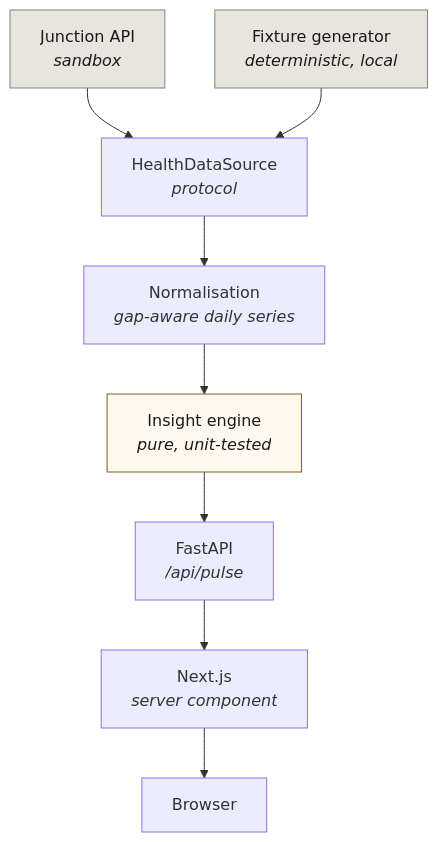
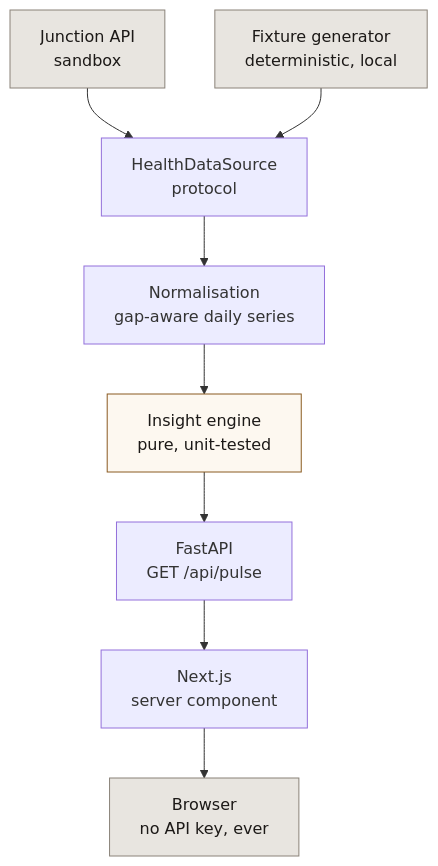
Before and after one commit to aayza-ascent/quick-health-pulse-project: the diagram in README.md, drawn with Mermaid.

Commit message:
docs: make the architecture diagram render without HTML labels
Mermaid handles <br/> natively, but <i> only renders when HTML labels are
enabled — which is not guaranteed across renderers, and would show the tags
literally where they are not. The diagram now conveys the same information with
plain labels.

````diff
--- a/README.md
+++ b/README.md
@@ -34,19 +34,20 @@
 ```mermaid
 flowchart TD
-    J["Junction API<br/><i>sandbox</i>"]
-    F["Fixture generator<br/><i>deterministic, local</i>"]
-    P["HealthDataSource<br/><i>protocol</i>"]
-    N["Normalisation<br/><i>gap-aware daily series</i>"]
-    I["Insight engine<br/><i>pure, unit-tested</i>"]
-    A["FastAPI<br/><i>/api/pulse</i>"]
-    U["Next.js<br/><i>server component</i>"]
-    B["Browser"]
+    J["Junction API<br/>sandbox"]
+    F["Fixture generator<br/>deterministic, local"]
+    P["HealthDataSource<br/>protocol"]
+    N["Normalisation<br/>gap-aware daily series"]
+    I["Insight engine<br/>pure, unit-tested"]
+    A["FastAPI<br/>GET /api/pulse"]
+    U["Next.js<br/>server component"]
+    B["Browser<br/>no API key, ever"]
 
     J --> P
     F --> P
     P --> N --> I --> A --> U --> B
 
     style J fill:#e8e5e0,stroke:#8a8279,color:#1c1917
     style F fill:#e8e5e0,stroke:#8a8279,color:#1c1917
     style I fill:#fdf8f0,stroke:#8a5a20,color:#1c1917
+    style B fill:#e8e5e0,stroke:#8a8279,color:#1c1917
 ```
````
